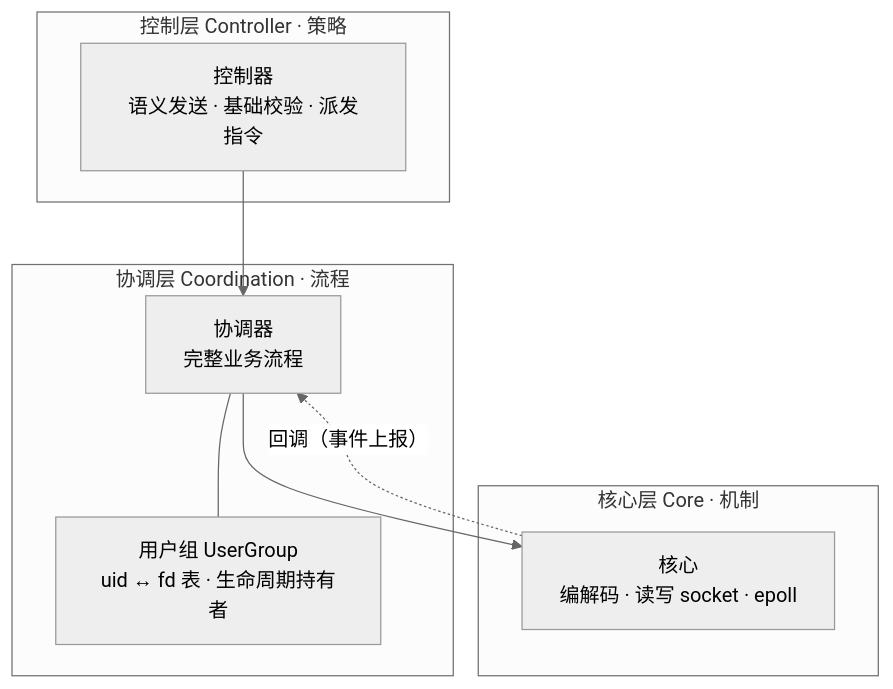
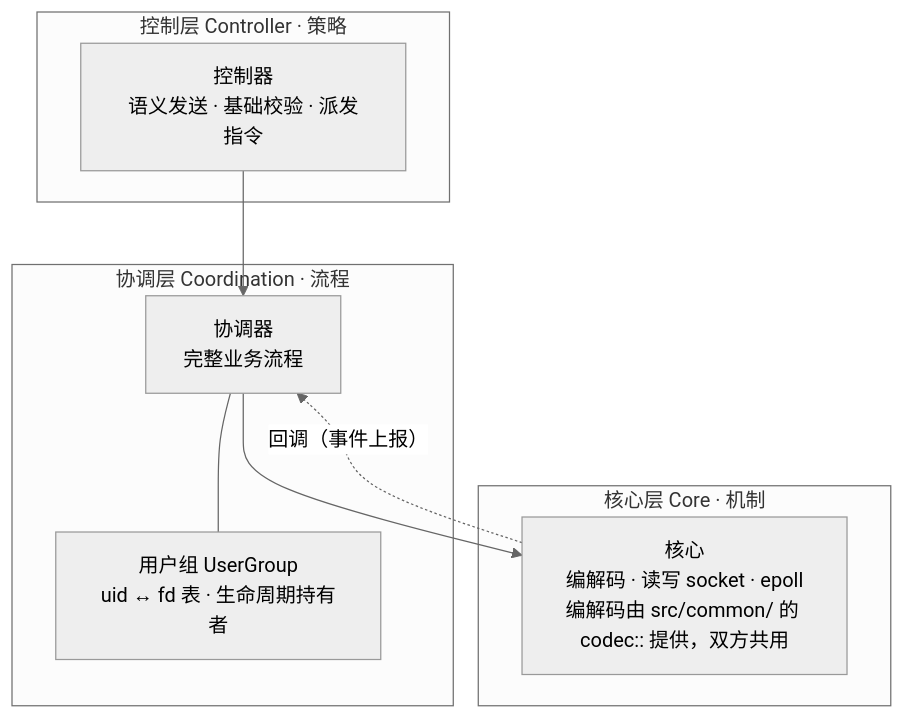
The diagram in docs/architecture.md (Augenstern-org/im_lite), drawn with Mermaid (neutral theme) before and after one commit. The commit also changed other lines of this file and 17 other files, not shown here.

````diff
--- a/docs/architecture.md
+++ b/docs/architecture.md
@@ -42,17 +45,17 @@
 ```mermaid
 flowchart TD
     subgraph L1[控制层 Controller · 策略]
         C[控制器<br/>语义发送 · 基础校验 · 派发指令]
     end
     subgraph L2[协调层 Coordination · 流程]
         O[协调器<br/>完整业务流程]
         U[用户组 UserGroup<br/>uid ↔ fd 表 · 生命周期持有者]
     end
     subgraph L3[核心层 Core · 机制]
-        K[核心<br/>编解码 · 读写 socket · epoll]
+        K[核心<br/>编解码 · 读写 socket · epoll<br/>编解码由 src/common/ 的 codec:: 提供，双方共用]
     end
     C --> O
     O --- U
     O --> K
     K -. 回调（事件上报） .-> O
 ```
````
